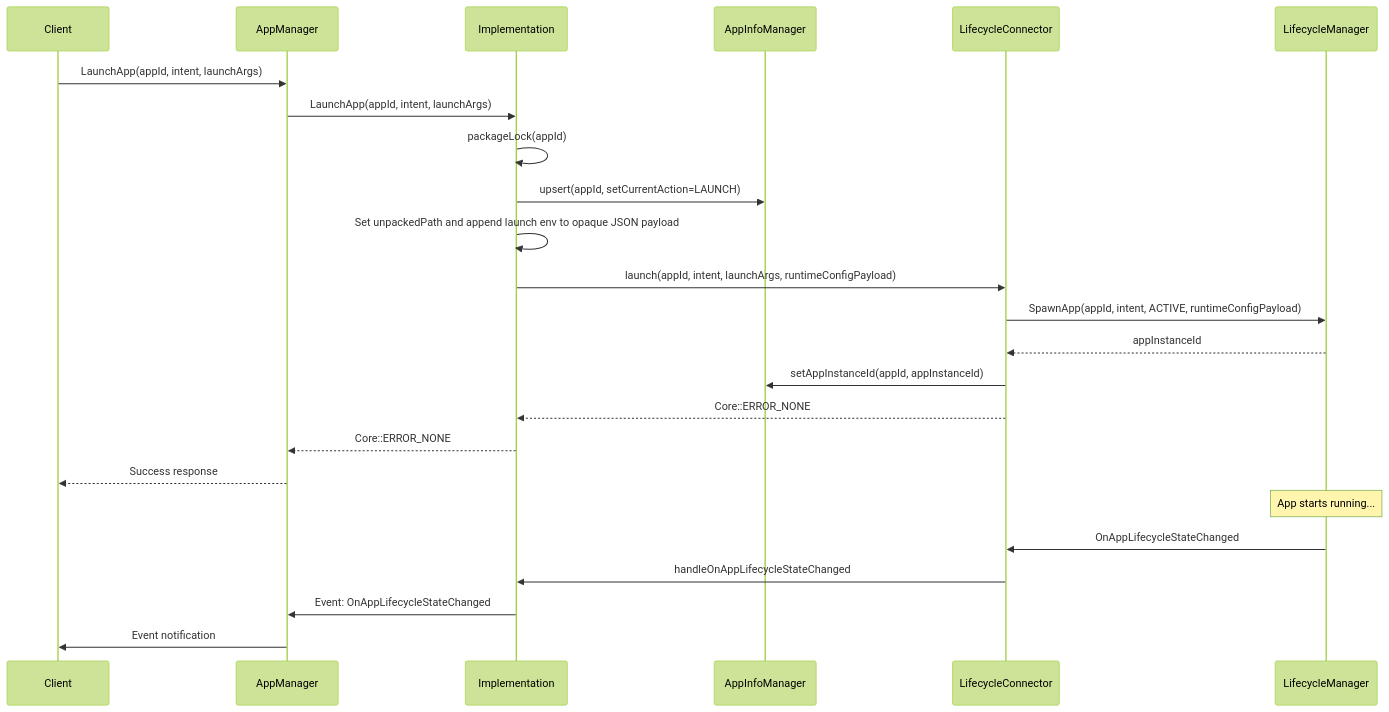
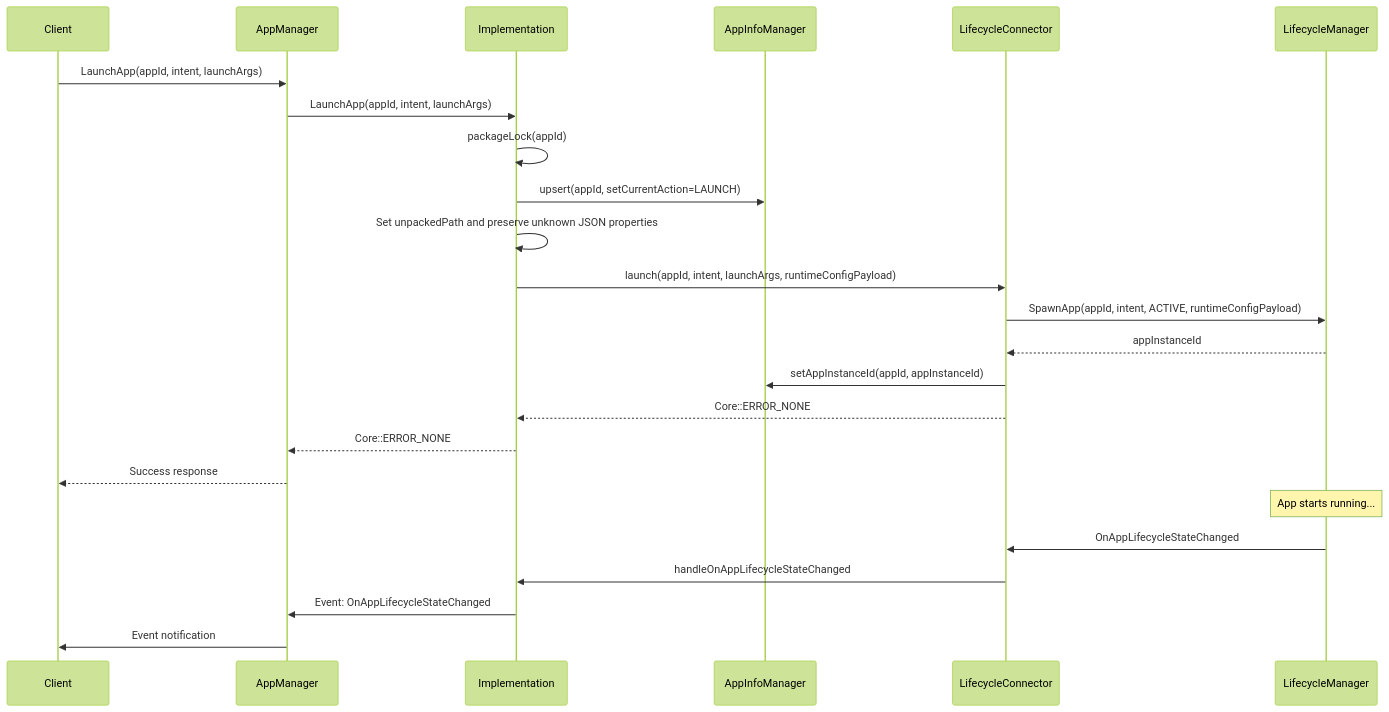
One commit to rdkcentral/entservices-appmanagers changed the fourth of 8 diagrams in AppManager/AppManager.md. Above: the diagram before and after it, drawn with Mermaid (forest theme). The commit also changed other lines of this file and 9 other files, not shown here.

````diff
--- a/AppManager/AppManager.md
+++ b/AppManager/AppManager.md
@@ -394,29 +394,29 @@
 ```mermaid
 sequenceDiagram
     participant Client
     participant Shell as AppManager
     participant Impl as Implementation
     participant AIM as AppInfoManager
     participant LIC as LifecycleConnector
     participant LCM as LifecycleManager
 
     Client->>Shell: LaunchApp(appId, intent, launchArgs)
     Shell->>Impl: LaunchApp(appId, intent, launchArgs)
     Impl->>Impl: packageLock(appId)
     Impl->>AIM: upsert(appId, setCurrentAction=LAUNCH)
-    Impl->>Impl: Set unpackedPath and append launch env to opaque JSON payload
+    Impl->>Impl: Set unpackedPath and preserve unknown JSON properties
     Impl->>LIC: launch(appId, intent, launchArgs, runtimeConfigPayload)
     LIC->>LCM: SpawnApp(appId, intent, ACTIVE, runtimeConfigPayload)
     LCM-->>LIC: appInstanceId
     LIC->>AIM: setAppInstanceId(appId, appInstanceId)
     LIC-->>Impl: Core::ERROR_NONE
     Impl-->>Shell: Core::ERROR_NONE
     Shell-->>Client: Success response
     
     Note over LCM: App starts running...
     
     LCM->>LIC: OnAppLifecycleStateChanged
     LIC->>Impl: handleOnAppLifecycleStateChanged
     Impl->>Shell: Event: OnAppLifecycleStateChanged
     Shell->>Client: Event notification
 ```
````
